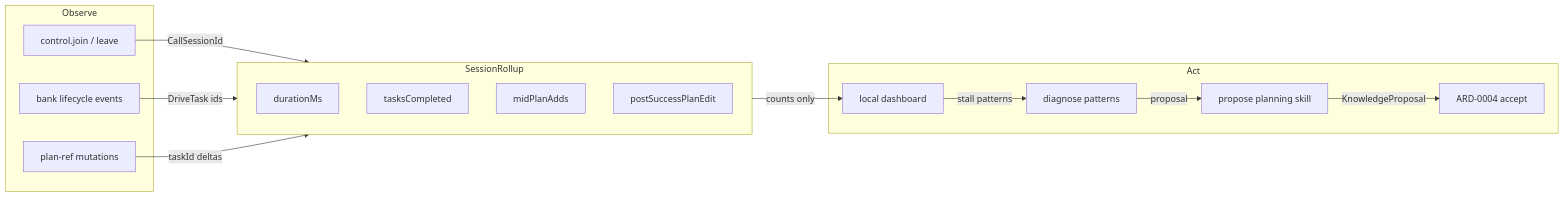
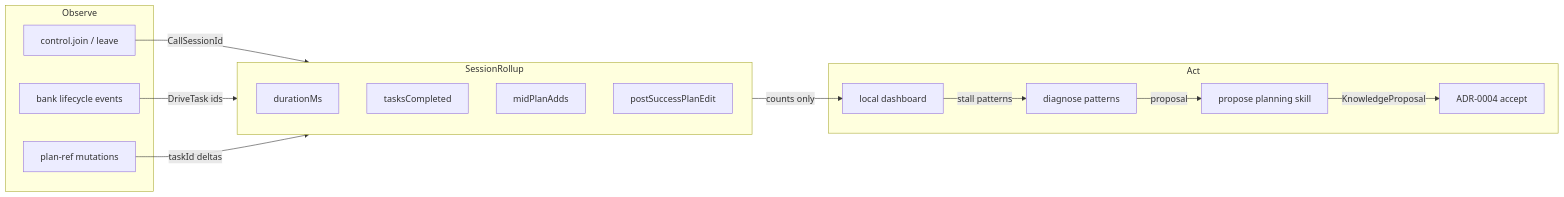
One commit to drive-mode/cline-drivecode changed the diagram in docs/drivecode/plans/cline-drivemode/research/15-task-satisfaction-observability.md. Above: the diagram before and after it, drawn with Mermaid. The commit also changed other lines of this file and 132 other files, not shown here.

First line of the commit message:
docs(drivecode): rename ARD to ADR and fix nest hygiene (#103)

````diff
--- a/docs/drivecode/plans/cline-drivemode/research/15-task-satisfaction-observability.md
+++ b/docs/drivecode/plans/cline-drivemode/research/15-task-satisfaction-observability.md
@@ -11,27 +11,27 @@
 ```mermaid
 flowchart LR
   subgraph Observe["Observe"]
     JoinLeave["control.join / leave"]
     BankEv["bank lifecycle events"]
     PlanEdit["plan-ref mutations"]
   end
   subgraph Rollup["SessionRollup"]
     Dur["durationMs"]
     Done["tasksCompleted"]
     Churn["midPlanAdds"]
     Engage["postSuccessPlanEdit"]
   end
   subgraph Act["Act"]
     Dash["local dashboard"]
     Diag["diagnose patterns"]
     Prop["propose planning skill"]
-    Gate["ARD-0004 accept"]
+    Gate["ADR-0004 accept"]
   end
   JoinLeave -->|"CallSessionId"| Rollup
   BankEv -->|"DriveTask ids"| Rollup
   PlanEdit -->|"taskId deltas"| Rollup
   Rollup -->|"counts only"| Dash
   Dash -->|"stall patterns"| Diag
   Diag -->|"proposal"| Prop
   Prop -->|"KnowledgeProposal"| Gate
 ```
````
